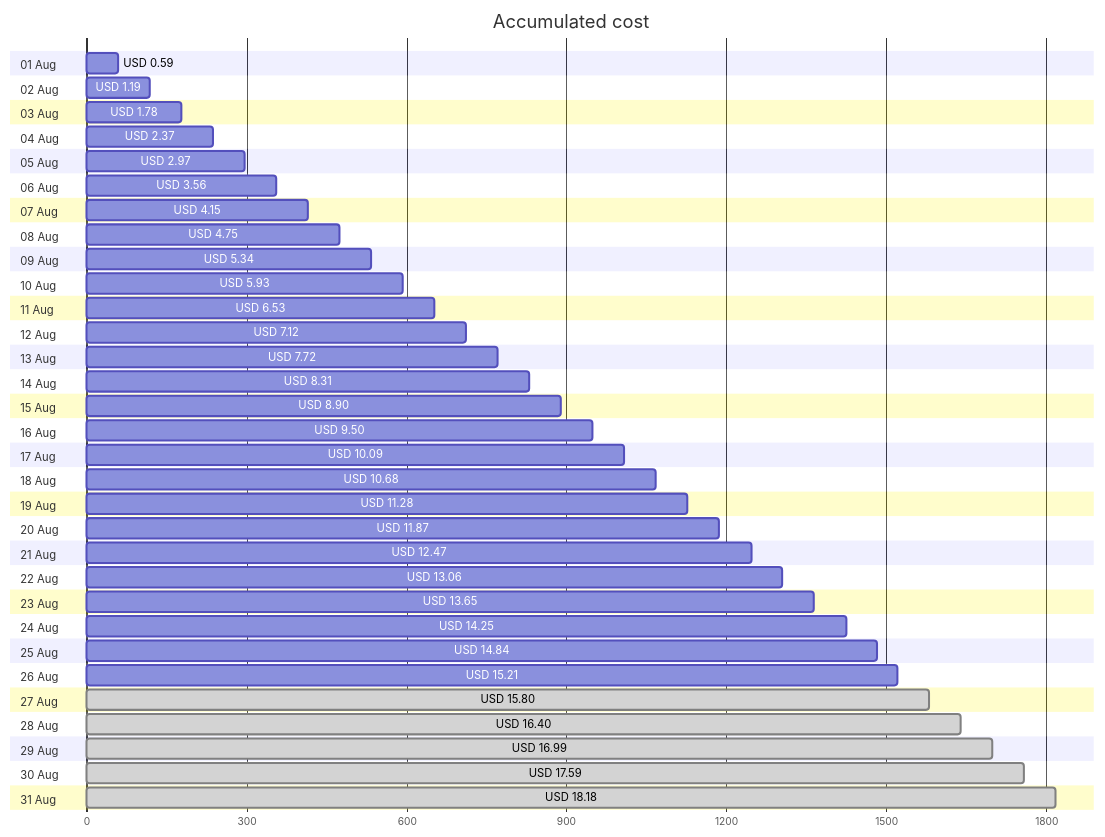
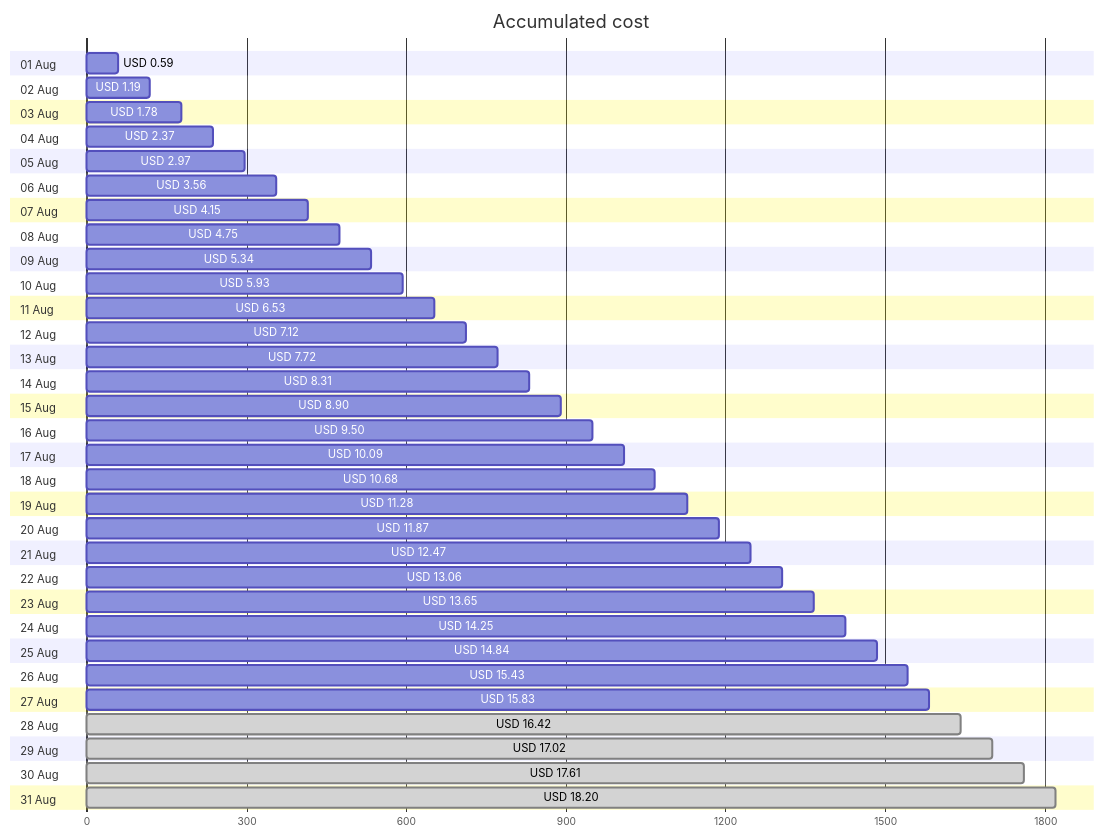
Before and after one commit to jpfulton/azure-personal-reports: the first of 4 diagrams in cost-reports/personal-site/README.md, drawn with Mermaid. The commit also changed other lines of this file and 6 other files, not shown here.

````diff
--- a/cost-reports/personal-site/README.md
+++ b/cost-reports/personal-site/README.md
@@ -20,68 +20,68 @@
 ```mermaid
 gantt
    title Accumulated cost
    dateFormat  X
    axisFormat %s
    section 01 Aug
    USD 0.59 :0, 59
    section 02 Aug
    USD 1.19 :0, 119
    section 03 Aug
    USD 1.78 :0, 178
    section 04 Aug
    USD 2.37 :0, 237
    section 05 Aug
    USD 2.97 :0, 297
    section 06 Aug
    USD 3.56 :0, 356
    section 07 Aug
    USD 4.15 :0, 415
    section 08 Aug
    USD 4.75 :0, 475
    section 09 Aug
    USD 5.34 :0, 534
    section 10 Aug
    USD 5.93 :0, 593
    section 11 Aug
    USD 6.53 :0, 653
    section 12 Aug
    USD 7.12 :0, 712
    section 13 Aug
    USD 7.72 :0, 772
    section 14 Aug
    USD 8.31 :0, 831
    section 15 Aug
    USD 8.90 :0, 890
    section 16 Aug
    USD 9.50 :0, 950
    section 17 Aug
    USD 10.09 :0, 1009
    section 18 Aug
    USD 10.68 :0, 1068
    section 19 Aug
    USD 11.28 :0, 1128
    section 20 Aug
    USD 11.87 :0, 1187
    section 21 Aug
    USD 12.47 :0, 1247
    section 22 Aug
    USD 13.06 :0, 1306
    section 23 Aug
    USD 13.65 :0, 1365
    section 24 Aug
    USD 14.25 :0, 1425
    section 25 Aug
    USD 14.84 :0, 1484
    section 26 Aug
-   USD 15.21 :0, 1521
+   USD 15.43 :0, 1543
    section 27 Aug
-   USD 15.80 : done, 0, 1580
+   USD 15.83 :0, 1583
    section 28 Aug
-   USD 16.40 : done, 0, 1640
+   USD 16.42 : done, 0, 1642
    section 29 Aug
-   USD 16.99 : done, 0, 1699
+   USD 17.02 : done, 0, 1702
    section 30 Aug
-   USD 17.59 : done, 0, 1759
+   USD 17.61 : done, 0, 1761
    section 31 Aug
-   USD 18.18 : done, 0, 1818
+   USD 18.20 : done, 0, 1820
 ```
````
